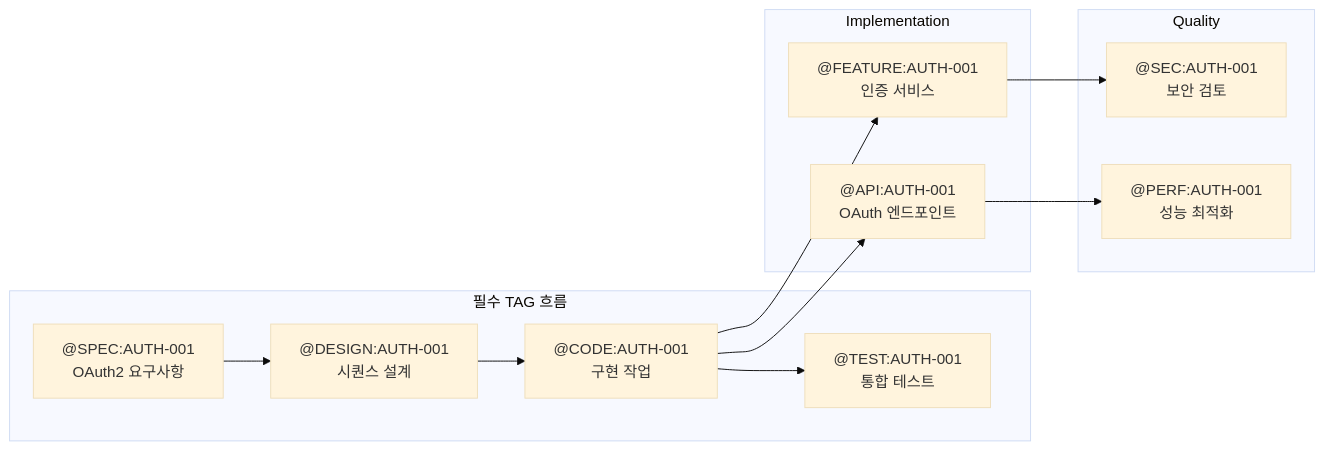
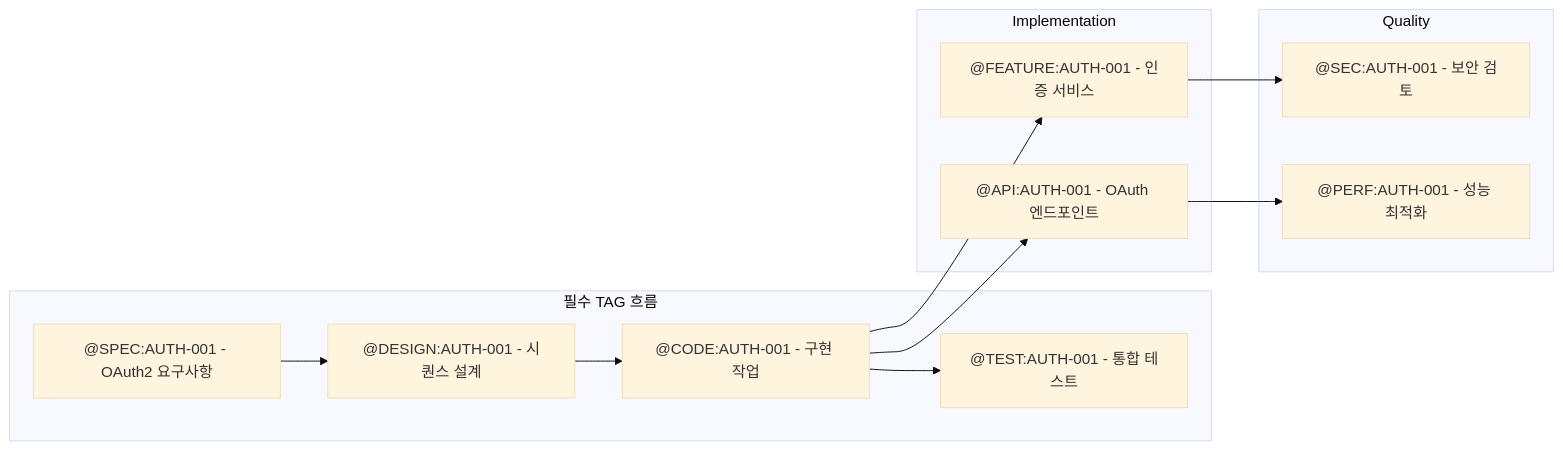
One commit to modu-ai/moai-adk changed the fourth of 6 diagrams in docs/reference/api-reference.md. Above: the diagram before and after it, drawn with Mermaid (base theme). The commit also changed other lines of this file and 447 other files, not shown here.

````diff
--- a/docs/reference/api-reference.md
+++ b/docs/reference/api-reference.md
@@ -926,30 +926,30 @@
 ```mermaid
 graph LR
-    subgraph "필수 TAG 흐름"
-        REQ["@SPEC:AUTH-001<br/>OAuth2 요구사항"]
-        DESIGN["@DESIGN:AUTH-001<br/>시퀀스 설계"]
-        TASK["@CODE:AUTH-001<br/>구현 작업"]
-        TEST["@TEST:AUTH-001<br/>통합 테스트"]
+    subgraph PrimaryFlow[필수 TAG 흐름]
+        REQ["@SPEC:AUTH-001 - OAuth2 요구사항"]
+        DESIGN["@DESIGN:AUTH-001 - 시퀀스 설계"]
+        TASK["@CODE:AUTH-001 - 구현 작업"]
+        TEST["@TEST:AUTH-001 - 통합 테스트"]
 
         REQ --> DESIGN
         DESIGN --> TASK
         TASK --> TEST
     end
 
-    subgraph "Implementation"
-        FEATURE["@FEATURE:AUTH-001<br/>인증 서비스"]
-        API["@API:AUTH-001<br/>OAuth 엔드포인트"]
+    subgraph Implementation[Implementation]
+        FEATURE["@FEATURE:AUTH-001 - 인증 서비스"]
+        API["@API:AUTH-001 - OAuth 엔드포인트"]
 
         TASK --> FEATURE
         TASK --> API
     end
 
-    subgraph "Quality"
-        SEC["@SEC:AUTH-001<br/>보안 검토"]
-        PERF["@PERF:AUTH-001<br/>성능 최적화"]
+    subgraph Quality[Quality]
+        SEC["@SEC:AUTH-001 - 보안 검토"]
+        PERF["@PERF:AUTH-001 - 성능 최적화"]
 
         FEATURE --> SEC
         API --> PERF
     end
 
 ```
````
